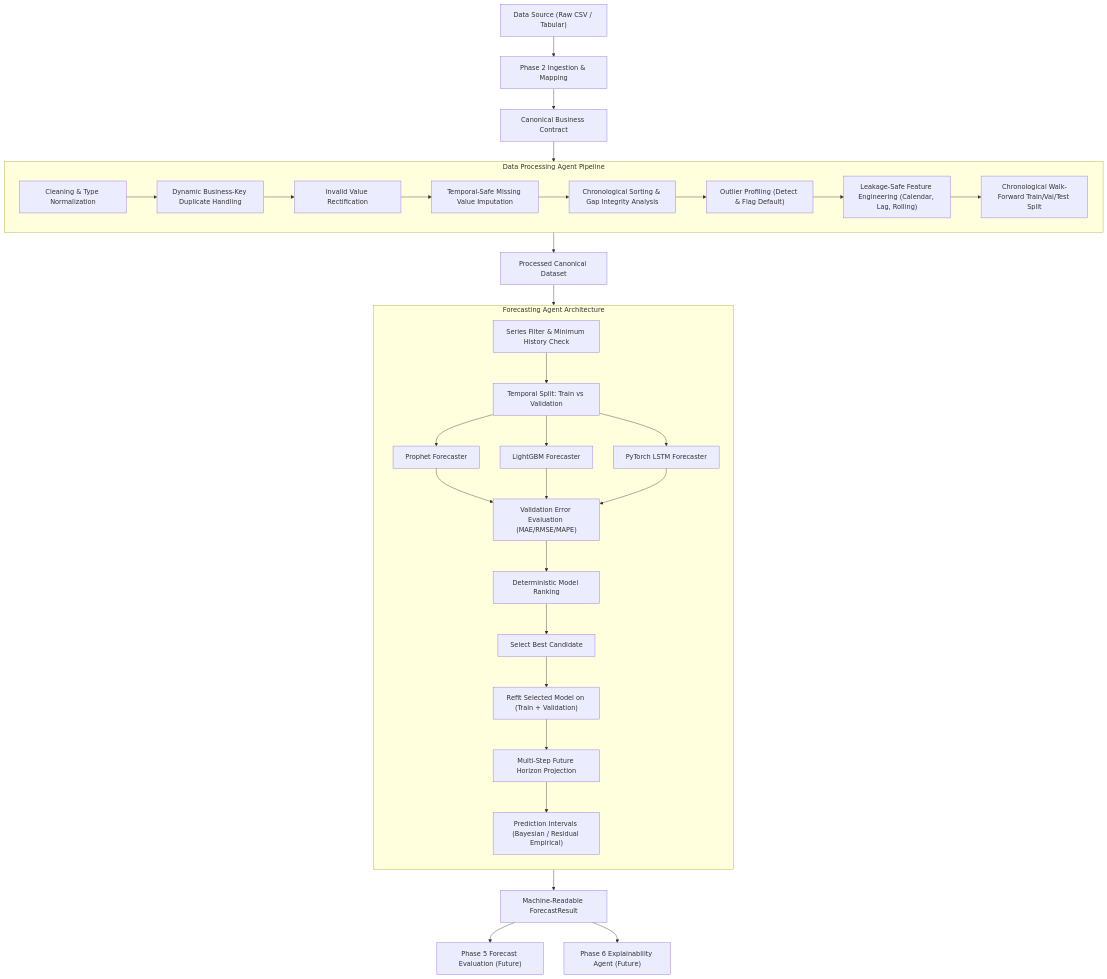
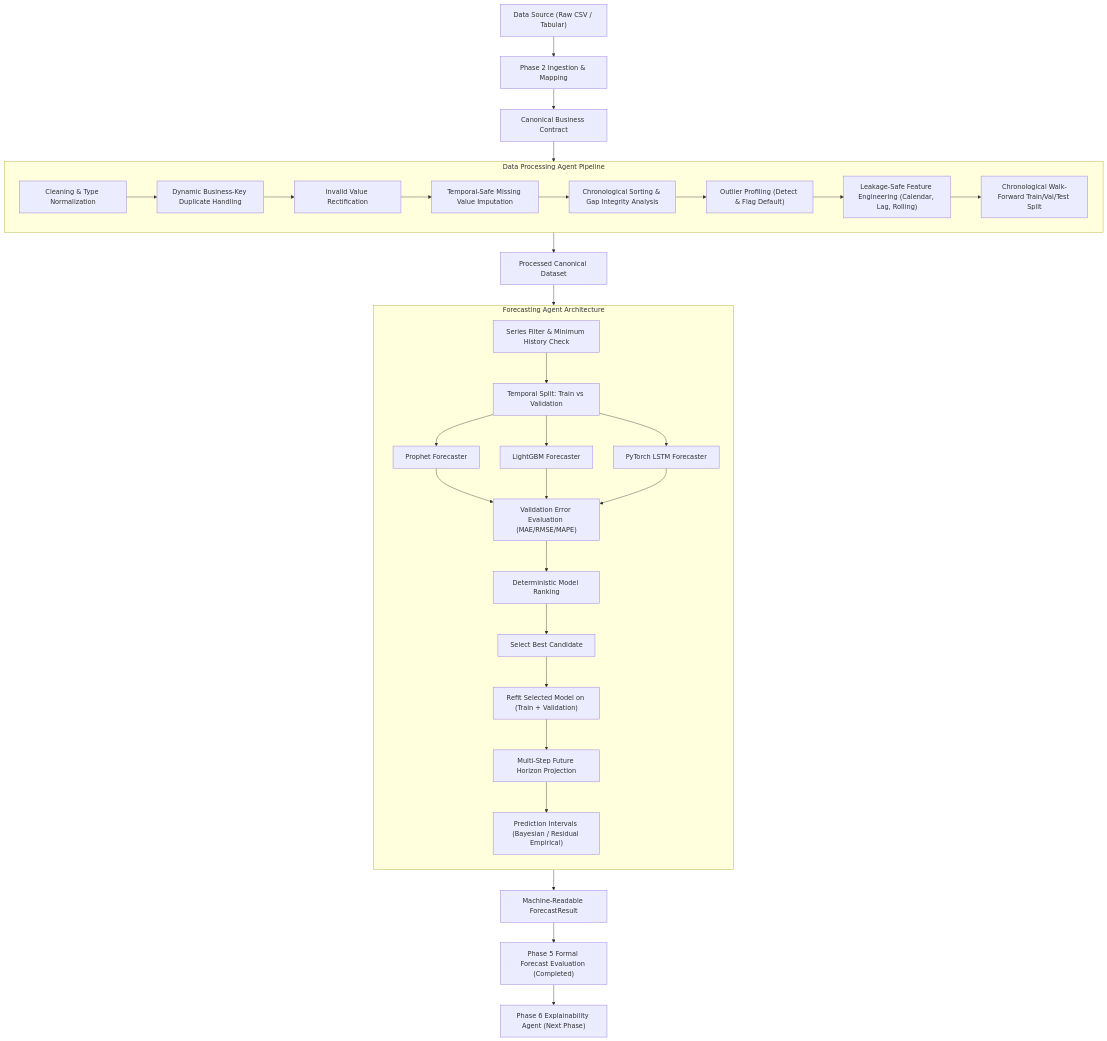
The diagram in README.md (ManthanBalla/GlassBox-BI), drawn with Mermaid before and after one commit. The commit also changed other lines of this file and 20 other files, not shown here.

Commit message:
feat : added formal forecasting evaluation benchmark

````diff
--- a/README.md
+++ b/README.md
@@ -96,37 +102,37 @@
 ```mermaid
 flowchart TD
     Source["Data Source (Raw CSV / Tabular)"] --> Ingestion["Phase 2 Ingestion & Mapping"]
     Ingestion --> Contract["Canonical Business Contract"]
     Contract --> DPA["Phase 3 Data Processing Agent"]
     
     subgraph DPA["Data Processing Agent Pipeline"]
         C1["Cleaning & Type Normalization"] --> C2["Dynamic Business-Key Duplicate Handling"]
         C2 --> C3["Invalid Value Rectification"]
         C3 --> C4["Temporal-Safe Missing Value Imputation"]
         C4 --> C5["Chronological Sorting & Gap Integrity Analysis"]
         C5 --> C6["Outlier Profiling (Detect & Flag Default)"]
         C6 --> C7["Leakage-Safe Feature Engineering (Calendar, Lag, Rolling)"]
         C7 --> C8["Chronological Walk-Forward Train/Val/Test Split"]
     end
     
     DPA --> Processed["Processed Canonical Dataset"]
     Processed --> FA["Phase 4 Forecasting Agent"]
 
     subgraph FA["Forecasting Agent Architecture"]
         direction TB
         F1["Series Filter & Minimum History Check"] --> F2["Temporal Split: Train vs Validation"]
         F2 --> M1["Prophet Forecaster"]
         F2 --> M2["LightGBM Forecaster"]
         F2 --> M3["PyTorch LSTM Forecaster"]
         M1 & M2 & M3 --> ValEval["Validation Error Evaluation (MAE/RMSE/MAPE)"]
         ValEval --> Rank["Deterministic Model Ranking"]
         Rank --> Select["Select Best Candidate"]
         Select --> Refit["Refit Selected Model on (Train + Validation)"]
         Refit --> GenFC["Multi-Step Future Horizon Projection"]
         GenFC --> Int["Prediction Intervals (Bayesian / Residual Empirical)"]
     end
 
     FA --> FCResult["Machine-Readable ForecastResult"]
-    FCResult --> P5["Phase 5 Forecast Evaluation (Future)"]
-    FCResult --> P6["Phase 6 Explainability Agent (Future)"]
+    FCResult --> P5["Phase 5 Formal Forecast Evaluation (Completed)"]
+    P5 --> P6["Phase 6 Explainability Agent (Next Phase)"]
 ```
````
